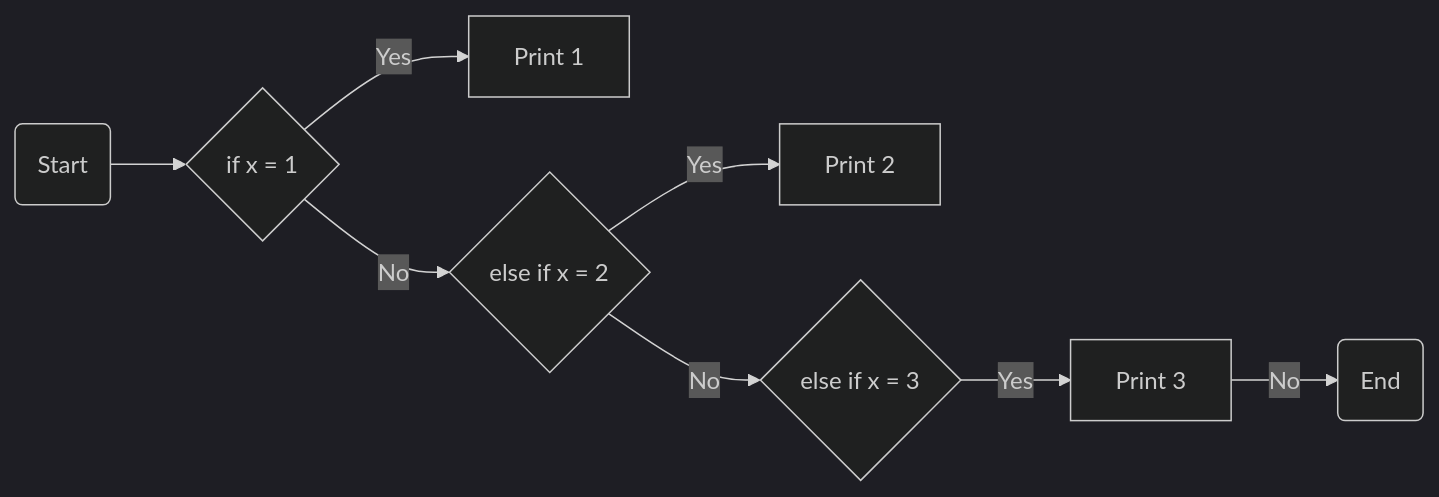
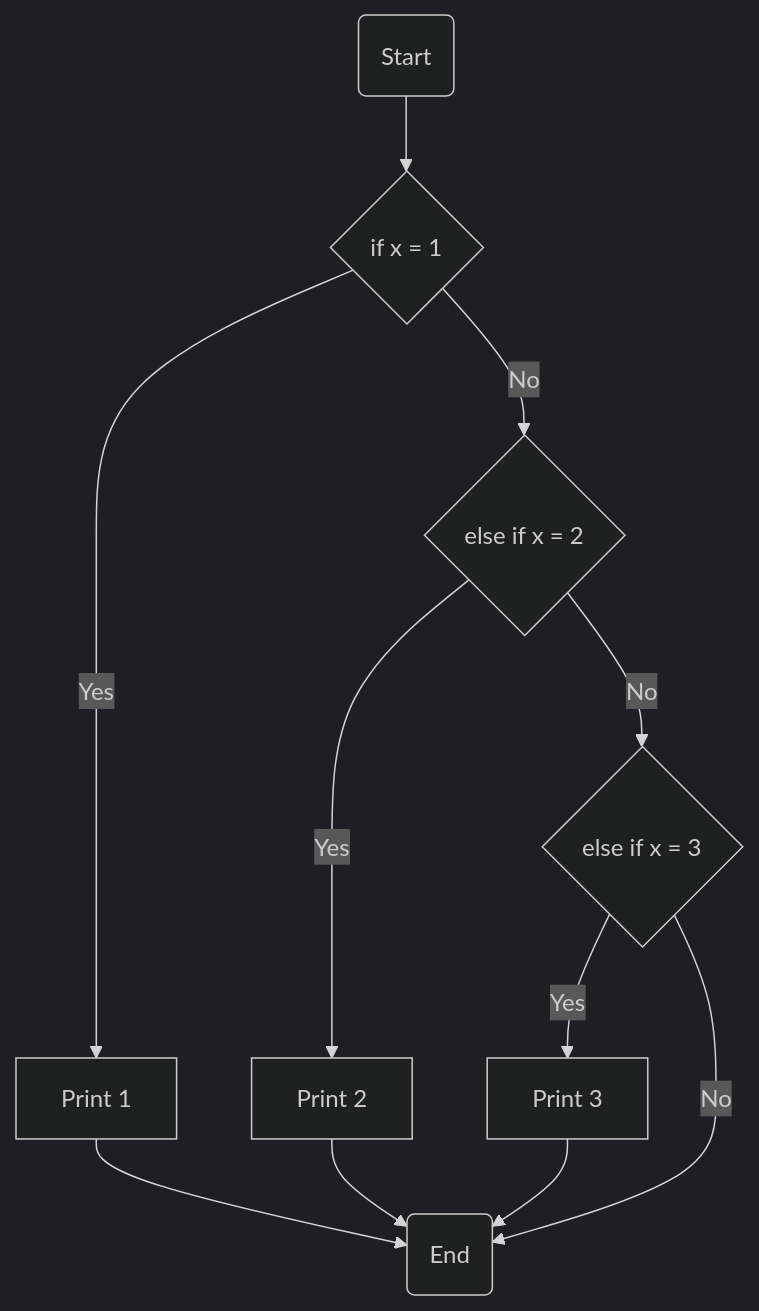
One commit to ZephyrAmmor/Aeris changed the sixth of 7 diagrams in learnMermaid.md. Above: the diagram before and after it, drawn with Mermaid (dark theme). The commit also changed other lines of this file, not shown here.

Commit message:
Correct if else logic of flow chart

````diff
--- a/learnMermaid.md
+++ b/learnMermaid.md
@@ -46,11 +46,11 @@
 ```mermaid
-    graph LR
+    graph TD
         A(Start) -->B{if x = 1}
-        B -- Yes -->C[Print 1]
+        B -- Yes -->C[Print 1]-->I
         B -- No -->E{else if x = 2}
-        E -- Yes -->F[Print 2]
+        E -- Yes -->F[Print 2]-->I
         E -- No -->G{else if x = 3}
-        G -- Yes -->H[Print 3]
-        H -- No -->I(End)
+        G -- Yes -->H[Print 3]-->I
+        G -- No -->I(End)
 
 ```
````
